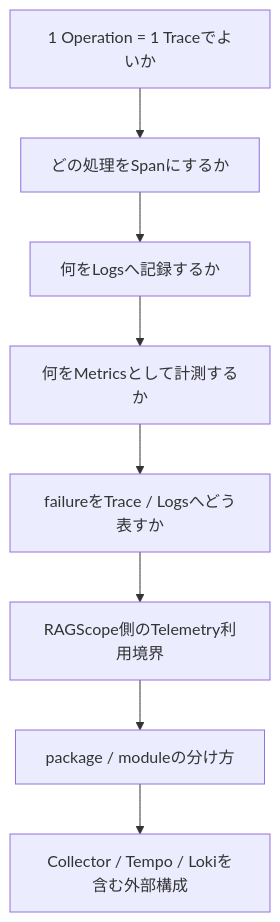
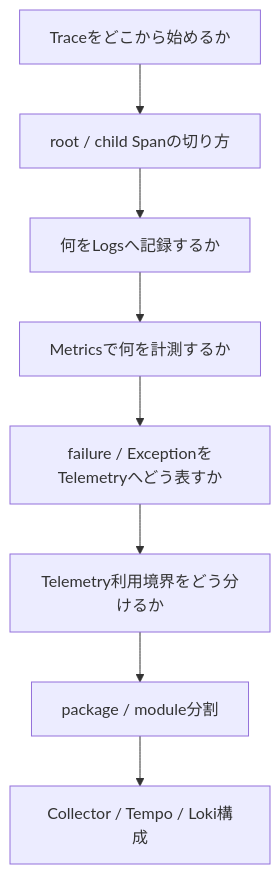
Before and after one commit to takashit16833/Workbench: the seventh of 7 diagrams in Notes/RAGScope/RAGScopeアプリケーション/RS-0023 Observability設計メモ.md, drawn with Mermaid. The commit also changed other lines of this file, not shown here.

````diff
--- a/Notes/RAGScope/RAGScopeアプリケーション/RS-0023 Observability設計メモ.md
+++ b/Notes/RAGScope/RAGScopeアプリケーション/RS-0023 Observability設計メモ.md
@@ -132,10 +172,10 @@
 ```mermaid
 flowchart TD
-    A["1 Operation = 1 Traceでよいか"] --> B["どの処理をSpanにするか"]
+    A["Traceをどこから始めるか"] --> B["root / child Spanの切り方"]
     B --> C["何をLogsへ記録するか"]
-    C --> D["何をMetricsとして計測するか"]
-    D --> E["failureをTrace / Logsへどう表すか"]
-    E --> F["RAGScope側のTelemetry利用境界"]
-    F --> G["package / moduleの分け方"]
-    G --> H["Collector / Tempo / Lokiを含む外部構成"]
+    C --> D["Metricsで何を計測するか"]
+    D --> E["failure / ExceptionをTelemetryへどう表すか"]
+    E --> F["Telemetry利用境界をどう分けるか"]
+    F --> G["package / module分割"]
+    G --> H["Collector / Tempo / Loki構成"]
 ```
````
